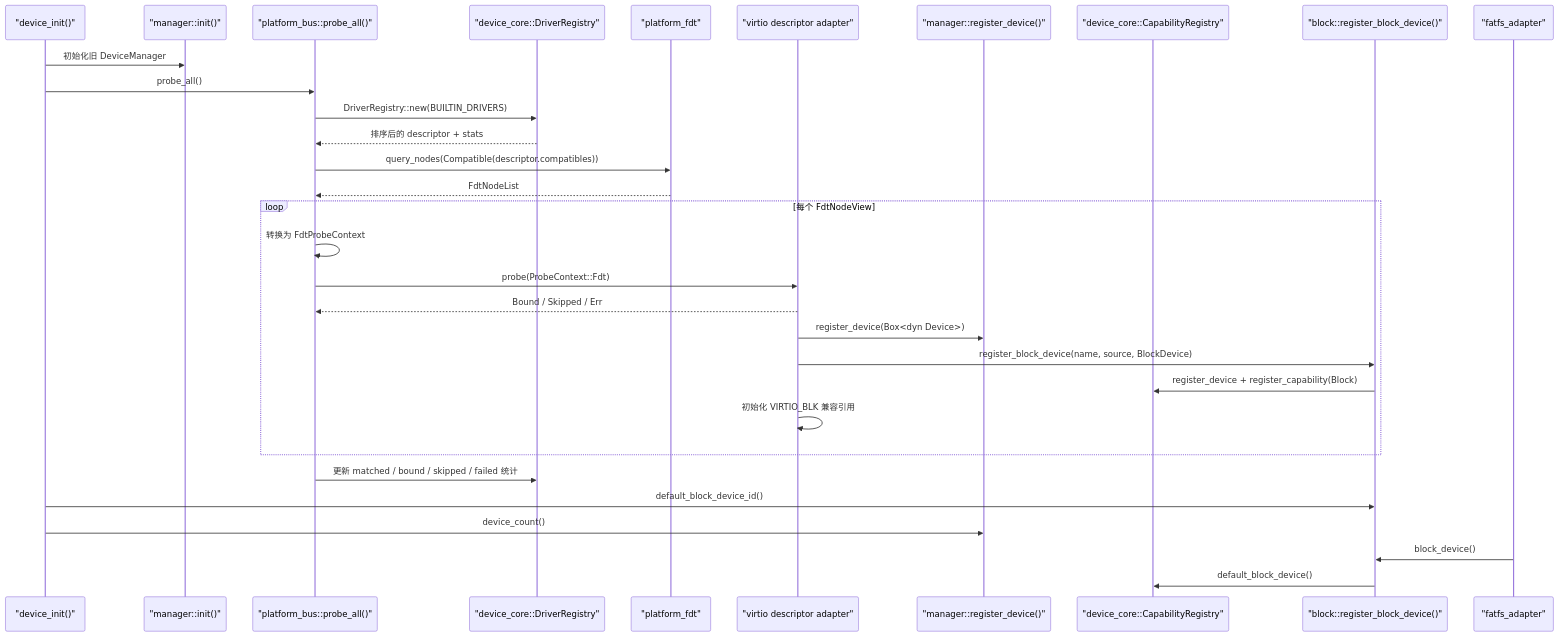
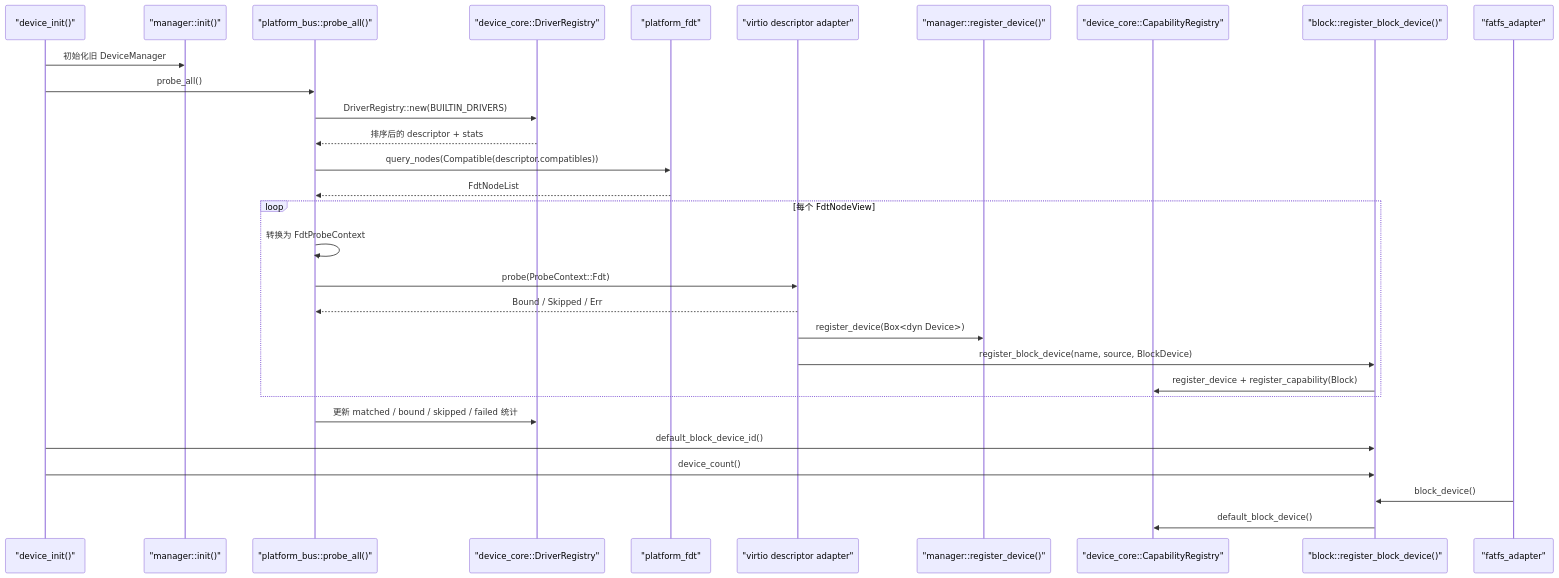
One commit to MRNIU/SimpleKernel changed the first of 2 diagrams in docs/design/device-d2-driver-descriptor-probe.md. Above: the diagram before and after it, drawn with Mermaid. The commit also changed other lines of this file and 9 other files, not shown here.

````diff
--- a/docs/design/device-d2-driver-descriptor-probe.md
+++ b/docs/design/device-d2-driver-descriptor-probe.md
@@ -92,34 +94,33 @@
 ```mermaid
 sequenceDiagram
   participant Init as "device_init()"
   participant Manager as "manager::init()"
   participant Bus as "platform_bus::probe_all()"
   participant Registry as "device_core::DriverRegistry"
   participant Fdt as "platform_fdt"
   participant Virtio as "virtio descriptor adapter"
   participant DeviceManager as "manager::register_device()"
   participant Capability as "device_core::CapabilityRegistry"
   participant Block as "block::register_block_device()"
   participant Fs as "fatfs_adapter"
 
   Init->>Manager: 初始化旧 DeviceManager
   Init->>Bus: probe_all()
   Bus->>Registry: DriverRegistry::new(BUILTIN_DRIVERS)
   Registry-->>Bus: 排序后的 descriptor + stats
   Bus->>Fdt: query_nodes(Compatible(descriptor.compatibles))
   Fdt-->>Bus: FdtNodeList
   loop 每个 FdtNodeView
     Bus->>Bus: 转换为 FdtProbeContext
     Bus->>Virtio: probe(ProbeContext::Fdt)
     Virtio-->>Bus: Bound / Skipped / Err
     Virtio->>DeviceManager: register_device(Box<dyn Device>)
     Virtio->>Block: register_block_device(name, source, BlockDevice)
     Block->>Capability: register_device + register_capability(Block)
-    Virtio->>Virtio: 初始化 VIRTIO_BLK 兼容引用
   end
   Bus->>Registry: 更新 matched / bound / skipped / failed 统计
   Init->>Block: default_block_device_id()
-  Init->>DeviceManager: device_count()
+  Init->>Block: device_count()
   Fs->>Block: block_device()
   Block->>Capability: default_block_device()
 ```
````
